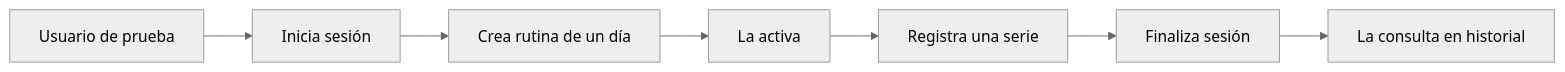
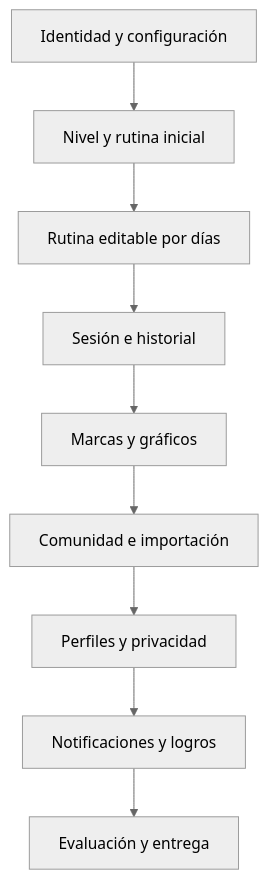
One commit to FranciscoMancebo/TFM-M-ster-en-Desarrollo-con-IA changed the diagram in docs/research/03-backlog-inicial.md. Above: the diagram before and after it, drawn with Mermaid (neutral theme). The commit also changed other lines of this file and 28 other files, not shown here.

````diff
--- a/docs/research/03-backlog-inicial.md
+++ b/docs/research/03-backlog-inicial.md
@@ -61,9 +60,11 @@
 ```mermaid
-flowchart LR
-    A[Usuario de prueba] --> B[Inicia sesión]
-    B --> C[Crea rutina de un día]
-    C --> D[La activa]
-    D --> E[Registra una serie]
-    E --> F[Finaliza sesión]
-    F --> G[La consulta en historial]
+flowchart TD
+    A[Identidad y configuración] --> B[Nivel y rutina inicial]
+    B --> C[Rutina editable por días]
+    C --> D[Sesión e historial]
+    D --> E[Marcas y gráficos]
+    E --> F[Comunidad e importación]
+    F --> G[Perfiles y privacidad]
+    G --> H[Notificaciones y logros]
+    H --> I[Evaluación y entrega]
 ```
````
